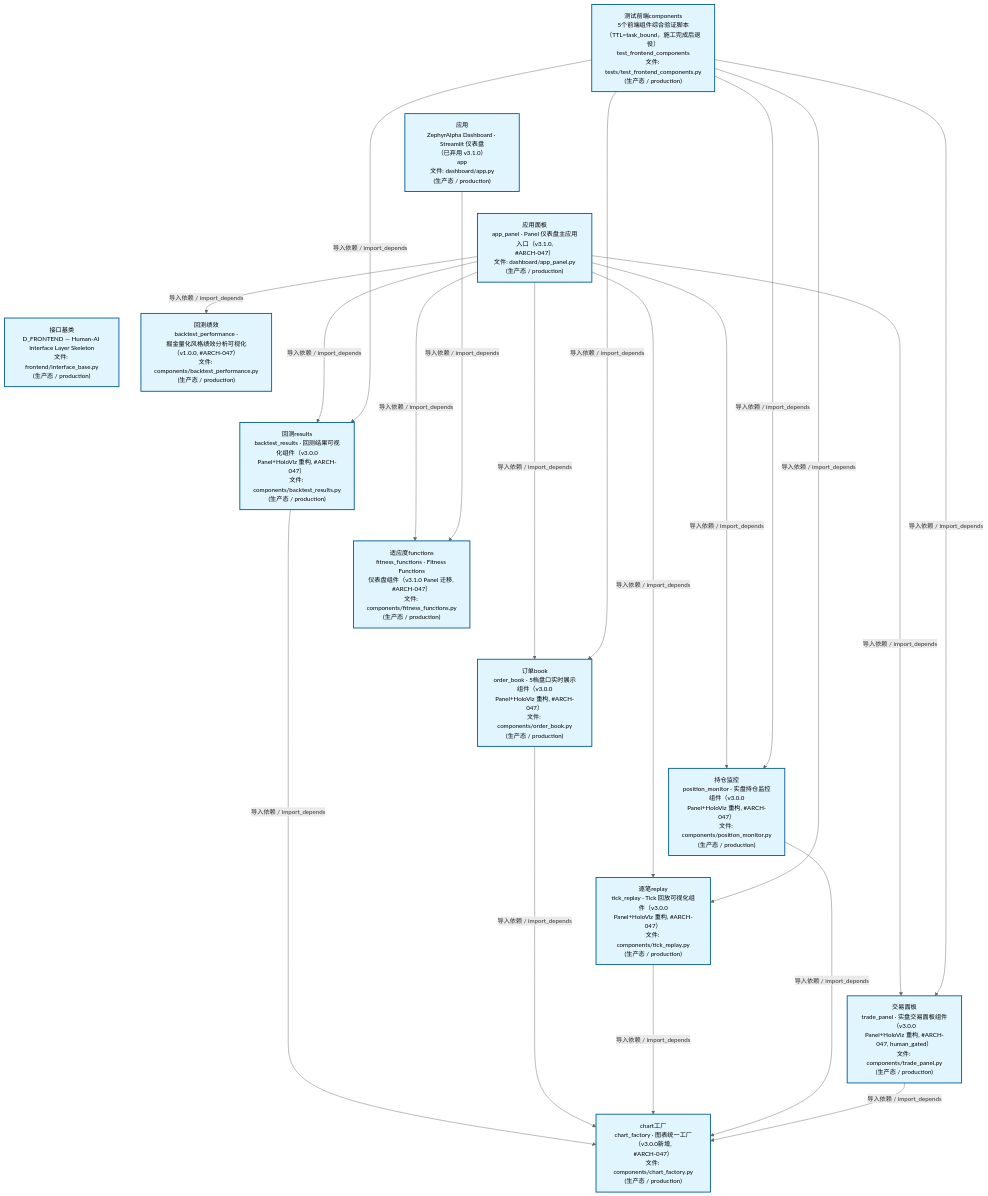
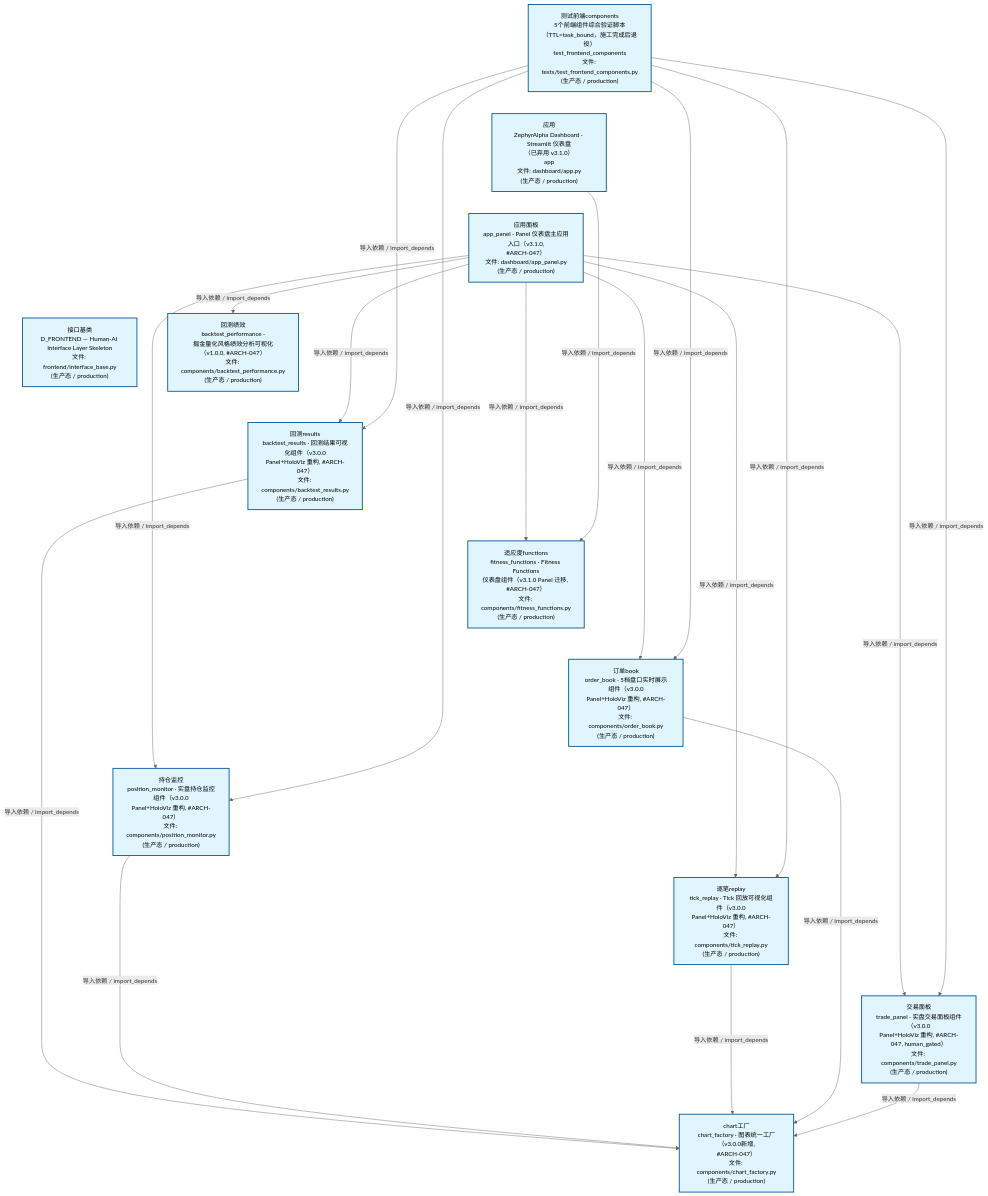
Before and after one commit to xuanFelixVan/ZephyrAlpha: the second of 4 diagrams in docs/02_enterprise_architecture/02_domain_architecture_docs/47_d_frontend.md, drawn with Mermaid. The commit also changed other lines of this file and 44 other files, not shown here.

````diff
--- a/docs/02_enterprise_architecture/02_domain_architecture_docs/47_d_frontend.md
+++ b/docs/02_enterprise_architecture/02_domain_architecture_docs/47_d_frontend.md
@@ -124,48 +124,48 @@
 ```mermaid
 %%{init: {'theme': 'base', 'themeVariables': {'primaryColor': '#eaeaea', 'primaryTextColor': '#333333', 'primaryBorderColor': '#666666', 'lineColor': '#666666', 'secondaryColor': '#eaeaea', 'tertiaryColor': '#eaeaea', 'fontSize': '14px'}}}%%
 flowchart TD
     scripts_tests_test_frontend_components_py["测试前端components<br/>5个前端组件综合验证脚本<br/>（TTL=task_bound，施工完成后退役）<br/>test_frontend_components<br/>文件: tests/test_frontend_components.py<br/>(生产态 / production)"]
     src_zephyr_frontend_dashboard_app_py["应用<br/>ZephyrAlpha Dashboard · Streamlit 仪表盘<br/>（已弃用 v3.1.0）<br/>app<br/>文件: dashboard/app.py<br/>(生产态 / production)"]
     src_zephyr_frontend_dashboard_app_panel_py["应用面板<br/>app_panel · Panel 仪表盘主应用入口（v3.1.0,<br/>#ARCH-047）<br/>文件: dashboard/app_panel.py<br/>(生产态 / production)"]
     src_zephyr_frontend_interface_base_py["接口基类<br/>D_FRONTEND — Human-AI Interface Layer Skeleton<br/>文件: frontend/interface_base.py<br/>(生产态 / production)"]
     scripts_tests_test_frontend_components_py ~~~ src_zephyr_frontend_dashboard_app_py
     src_zephyr_frontend_dashboard_app_py ~~~ src_zephyr_frontend_dashboard_app_panel_py
     src_zephyr_frontend_dashboard_app_panel_py ~~~ src_zephyr_frontend_interface_base_py
     src_zephyr_frontend_dashboard_components_backtest_performance_py["回测绩效<br/>backtest_performance ·<br/>掘金量化风格绩效分析可视化（v1.0.0, #ARCH-047）<br/>文件: components/backtest_performance.py<br/>(生产态 / production)"]
     src_zephyr_frontend_dashboard_components_backtest_results_py["回测results<br/>backtest_results · 回测结果可视化组件（v3.0.0<br/>Panel+HoloViz 重构, #ARCH-047）<br/>文件: components/backtest_results.py<br/>(生产态 / production)"]
     src_zephyr_frontend_dashboard_components_fitness_functions_py["适应度functions<br/>fitness_functions · Fitness Functions<br/>仪表盘组件（v3.1.0 Panel 迁移, #ARCH-047）<br/>文件: components/fitness_functions.py<br/>(生产态 / production)"]
     src_zephyr_frontend_dashboard_components_order_book_py["订单book<br/>order_book · 5档盘口实时展示组件（v3.0.0<br/>Panel+HoloViz 重构, #ARCH-047）<br/>文件: components/order_book.py<br/>(生产态 / production)"]
     src_zephyr_frontend_dashboard_components_position_monitor_py["持仓监控<br/>position_monitor · 实盘持仓监控组件（v3.0.0<br/>Panel+HoloViz 重构, #ARCH-047）<br/>文件: components/position_monitor.py<br/>(生产态 / production)"]
     src_zephyr_frontend_dashboard_components_tick_replay_py["逐笔replay<br/>tick_replay · Tick 回放可视化组件（v3.0.0<br/>Panel+HoloViz 重构, #ARCH-047）<br/>文件: components/tick_replay.py<br/>(生产态 / production)"]
     src_zephyr_frontend_dashboard_components_trade_panel_py["交易面板<br/>trade_panel · 实盘交易面板组件（v3.0.0<br/>Panel+HoloViz 重构, #ARCH-047, human_gated）<br/>文件: components/trade_panel.py<br/>(生产态 / production)"]
     src_zephyr_frontend_dashboard_components_backtest_performance_py ~~~ src_zephyr_frontend_dashboard_components_backtest_results_py
     src_zephyr_frontend_dashboard_components_backtest_results_py ~~~ src_zephyr_frontend_dashboard_components_fitness_functions_py
     src_zephyr_frontend_dashboard_components_fitness_functions_py ~~~ src_zephyr_frontend_dashboard_components_order_book_py
     src_zephyr_frontend_dashboard_components_order_book_py ~~~ src_zephyr_frontend_dashboard_components_position_monitor_py
     src_zephyr_frontend_dashboard_components_position_monitor_py ~~~ src_zephyr_frontend_dashboard_components_tick_replay_py
     src_zephyr_frontend_dashboard_components_tick_replay_py ~~~ src_zephyr_frontend_dashboard_components_trade_panel_py
     src_zephyr_frontend_dashboard_components_chart_factory_py["chart工厂<br/>chart_factory · 图表统一工厂（v3.0.0新增,<br/>#ARCH-047）<br/>文件: components/chart_factory.py<br/>(生产态 / production)"]
     src_zephyr_frontend_dashboard_app_panel_py -->|导入依赖 / import_depends| src_zephyr_frontend_dashboard_components_backtest_performance_py
     src_zephyr_frontend_dashboard_app_panel_py -->|导入依赖 / import_depends| src_zephyr_frontend_dashboard_components_backtest_results_py
     src_zephyr_frontend_dashboard_app_panel_py -->|导入依赖 / import_depends| src_zephyr_frontend_dashboard_components_fitness_functions_py
+    src_zephyr_frontend_dashboard_app_panel_py -->|导入依赖 / import_depends| src_zephyr_frontend_dashboard_components_position_monitor_py
+    src_zephyr_frontend_dashboard_app_panel_py -->|导入依赖 / import_depends| src_zephyr_frontend_dashboard_components_tick_replay_py
     src_zephyr_frontend_dashboard_app_panel_py -->|导入依赖 / import_depends| src_zephyr_frontend_dashboard_components_order_book_py
-    src_zephyr_frontend_dashboard_app_panel_py -->|导入依赖 / import_depends| src_zephyr_frontend_dashboard_components_tick_replay_py
-    src_zephyr_frontend_dashboard_app_panel_py -->|导入依赖 / import_depends| src_zephyr_frontend_dashboard_components_position_monitor_py
     src_zephyr_frontend_dashboard_app_panel_py -->|导入依赖 / import_depends| src_zephyr_frontend_dashboard_components_trade_panel_py
+    src_zephyr_frontend_dashboard_components_backtest_results_py -->|导入依赖 / import_depends| src_zephyr_frontend_dashboard_components_chart_factory_py
     src_zephyr_frontend_dashboard_app_py -->|导入依赖 / import_depends| src_zephyr_frontend_dashboard_components_fitness_functions_py
-    src_zephyr_frontend_dashboard_components_backtest_results_py -->|导入依赖 / import_depends| src_zephyr_frontend_dashboard_components_chart_factory_py
+    src_zephyr_frontend_dashboard_components_position_monitor_py -->|导入依赖 / import_depends| src_zephyr_frontend_dashboard_components_chart_factory_py
+    src_zephyr_frontend_dashboard_components_tick_replay_py -->|导入依赖 / import_depends| src_zephyr_frontend_dashboard_components_chart_factory_py
     src_zephyr_frontend_dashboard_components_order_book_py -->|导入依赖 / import_depends| src_zephyr_frontend_dashboard_components_chart_factory_py
-    src_zephyr_frontend_dashboard_components_tick_replay_py -->|导入依赖 / import_depends| src_zephyr_frontend_dashboard_components_chart_factory_py
-    src_zephyr_frontend_dashboard_components_position_monitor_py -->|导入依赖 / import_depends| src_zephyr_frontend_dashboard_components_chart_factory_py
     src_zephyr_frontend_dashboard_components_trade_panel_py -->|导入依赖 / import_depends| src_zephyr_frontend_dashboard_components_chart_factory_py
     scripts_tests_test_frontend_components_py -->|导入依赖 / import_depends| src_zephyr_frontend_dashboard_components_backtest_results_py
+    scripts_tests_test_frontend_components_py -->|导入依赖 / import_depends| src_zephyr_frontend_dashboard_components_position_monitor_py
+    scripts_tests_test_frontend_components_py -->|导入依赖 / import_depends| src_zephyr_frontend_dashboard_components_tick_replay_py
     scripts_tests_test_frontend_components_py -->|导入依赖 / import_depends| src_zephyr_frontend_dashboard_components_order_book_py
-    scripts_tests_test_frontend_components_py -->|导入依赖 / import_depends| src_zephyr_frontend_dashboard_components_tick_replay_py
-    scripts_tests_test_frontend_components_py -->|导入依赖 / import_depends| src_zephyr_frontend_dashboard_components_position_monitor_py
     scripts_tests_test_frontend_components_py -->|导入依赖 / import_depends| src_zephyr_frontend_dashboard_components_trade_panel_py
     classDef production fill:#e1f5fe,stroke:#01579b,stroke-width:2px,color:#000
     classDef design fill:#fff3e0,stroke:#e65100,stroke-width:2px,color:#000,stroke-dasharray: 5 5
     classDef external_prod fill:#e8f4fd,stroke:#0277bd,stroke-width:1px,color:#000
     classDef external_design fill:#fff8e7,stroke:#ef6c00,stroke-width:1px,color:#000,stroke-dasharray: 5 5
     class scripts_tests_test_frontend_components_py,src_zephyr_frontend_dashboard_app_py,src_zephyr_frontend_dashboard_app_panel_py,src_zephyr_frontend_dashboard_components_backtest_performance_py,src_zephyr_frontend_dashboard_components_backtest_results_py,src_zephyr_frontend_dashboard_components_chart_factory_py,src_zephyr_frontend_dashboard_components_fitness_functions_py,src_zephyr_frontend_dashboard_components_order_book_py,src_zephyr_frontend_dashboard_components_position_monitor_py,src_zephyr_frontend_dashboard_components_tick_replay_py,src_zephyr_frontend_dashboard_components_trade_panel_py,src_zephyr_frontend_interface_base_py production
 ```
````
